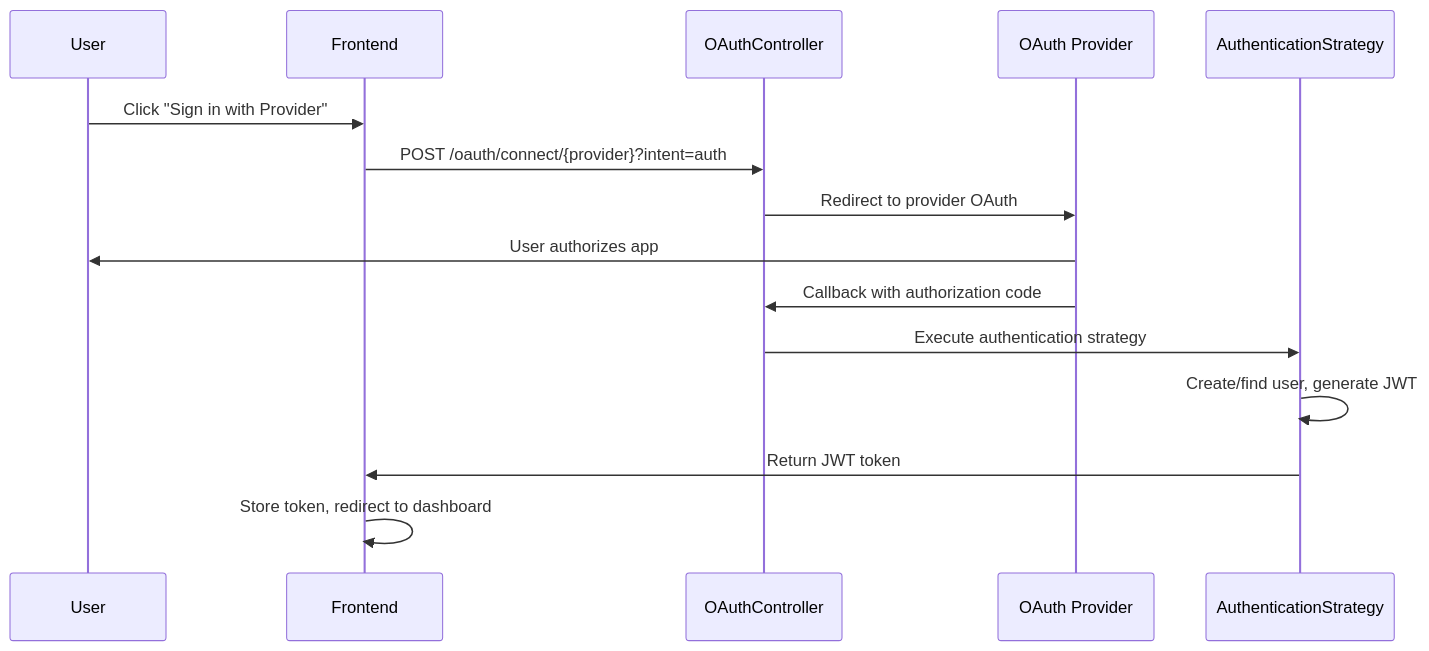
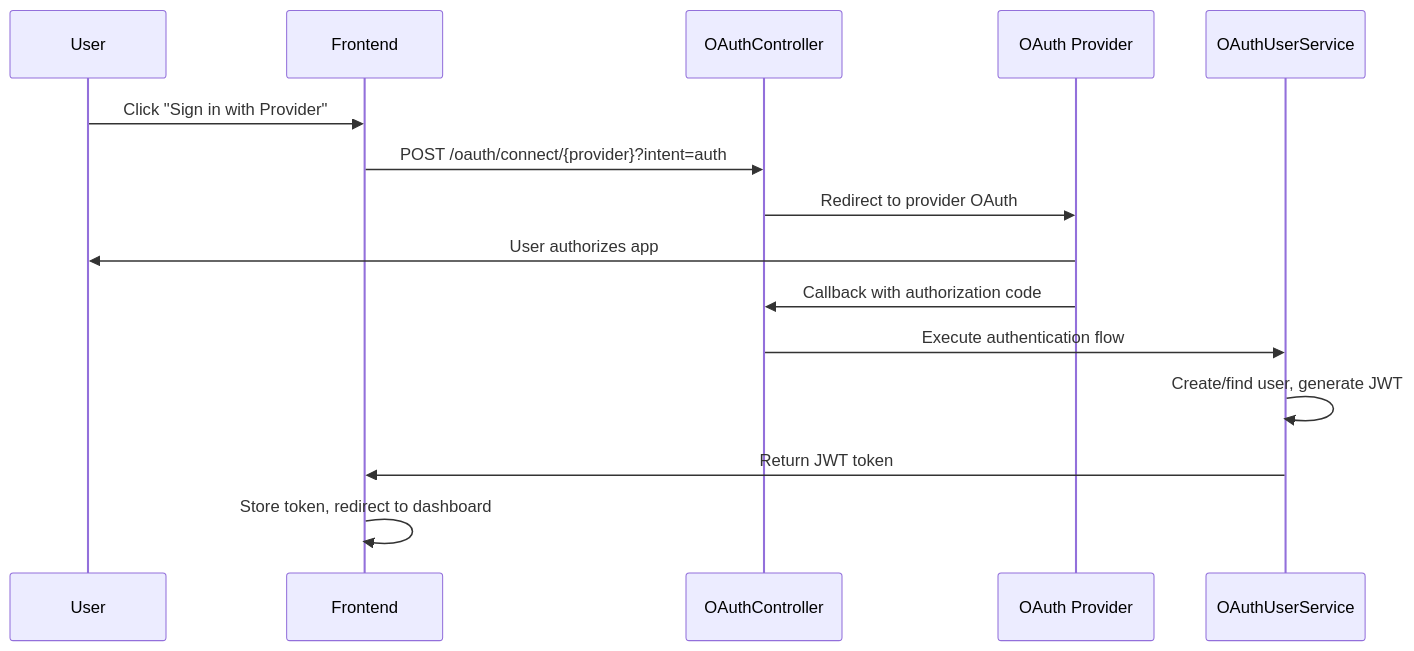
The third of 5 diagrams in docs/contributing/new-integration.mdx (JhumanJ/OpnForm), drawn with Mermaid before and after one commit. The commit also changed other lines of this file and 17 other files, not shown here.

````diff
--- a/docs/contributing/new-integration.mdx
+++ b/docs/contributing/new-integration.mdx
@@ -272,18 +277,18 @@
 ```mermaid
 sequenceDiagram
     participant U as User
     participant F as Frontend
     participant API as OAuthController
     participant P as OAuth Provider
-    participant AS as AuthenticationStrategy
+    participant US as OAuthUserService
     
     U->>F: Click "Sign in with Provider"
     F->>API: POST /oauth/connect/{provider}?intent=auth
     API->>P: Redirect to provider OAuth
     P->>U: User authorizes app
     P->>API: Callback with authorization code
-    API->>AS: Execute authentication strategy
-    AS->>AS: Create/find user, generate JWT
-    AS->>F: Return JWT token
+    API->>US: Execute authentication flow
+    US->>US: Create/find user, generate JWT
+    US->>F: Return JWT token
     F->>F: Store token, redirect to dashboard
 ```
````
